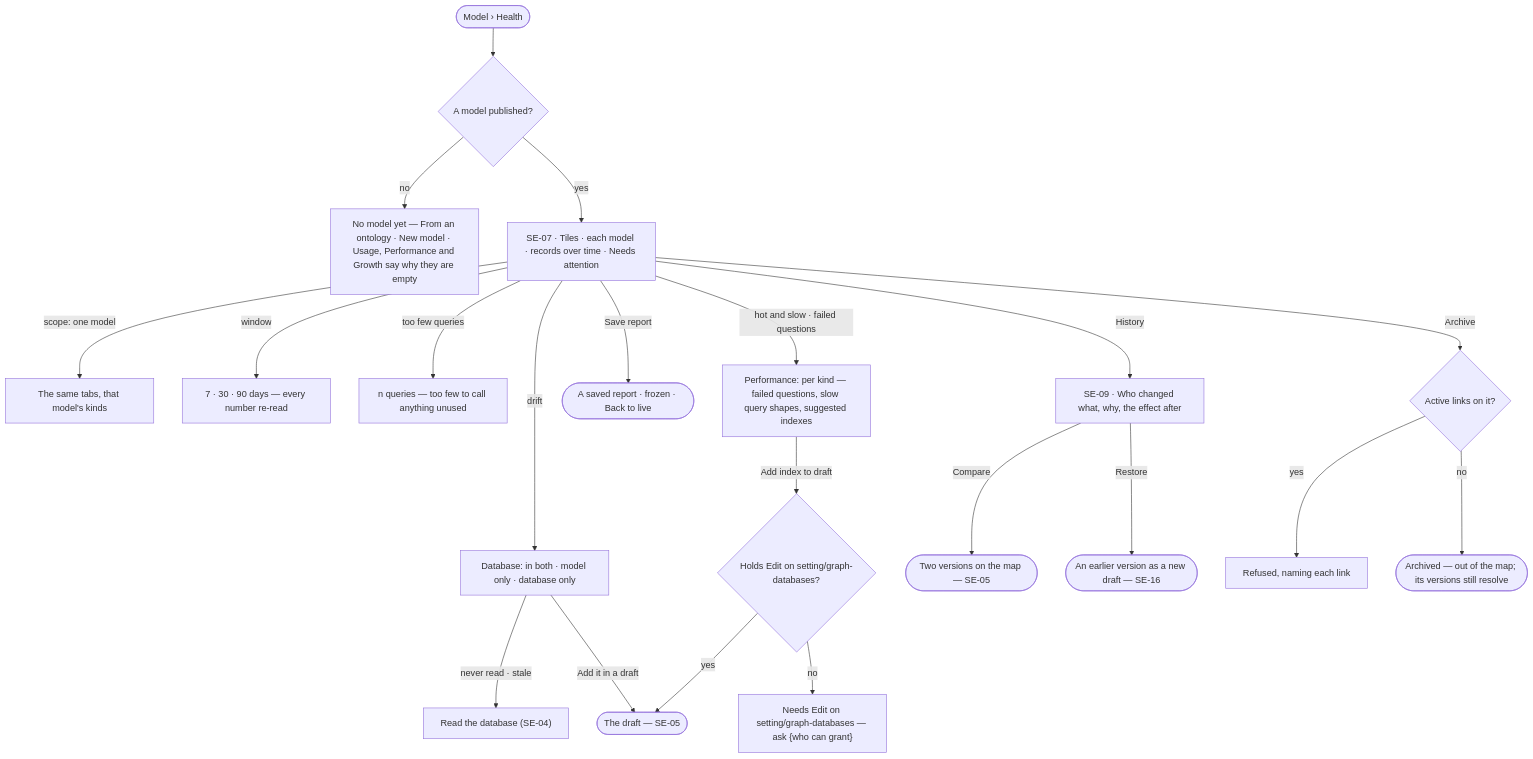
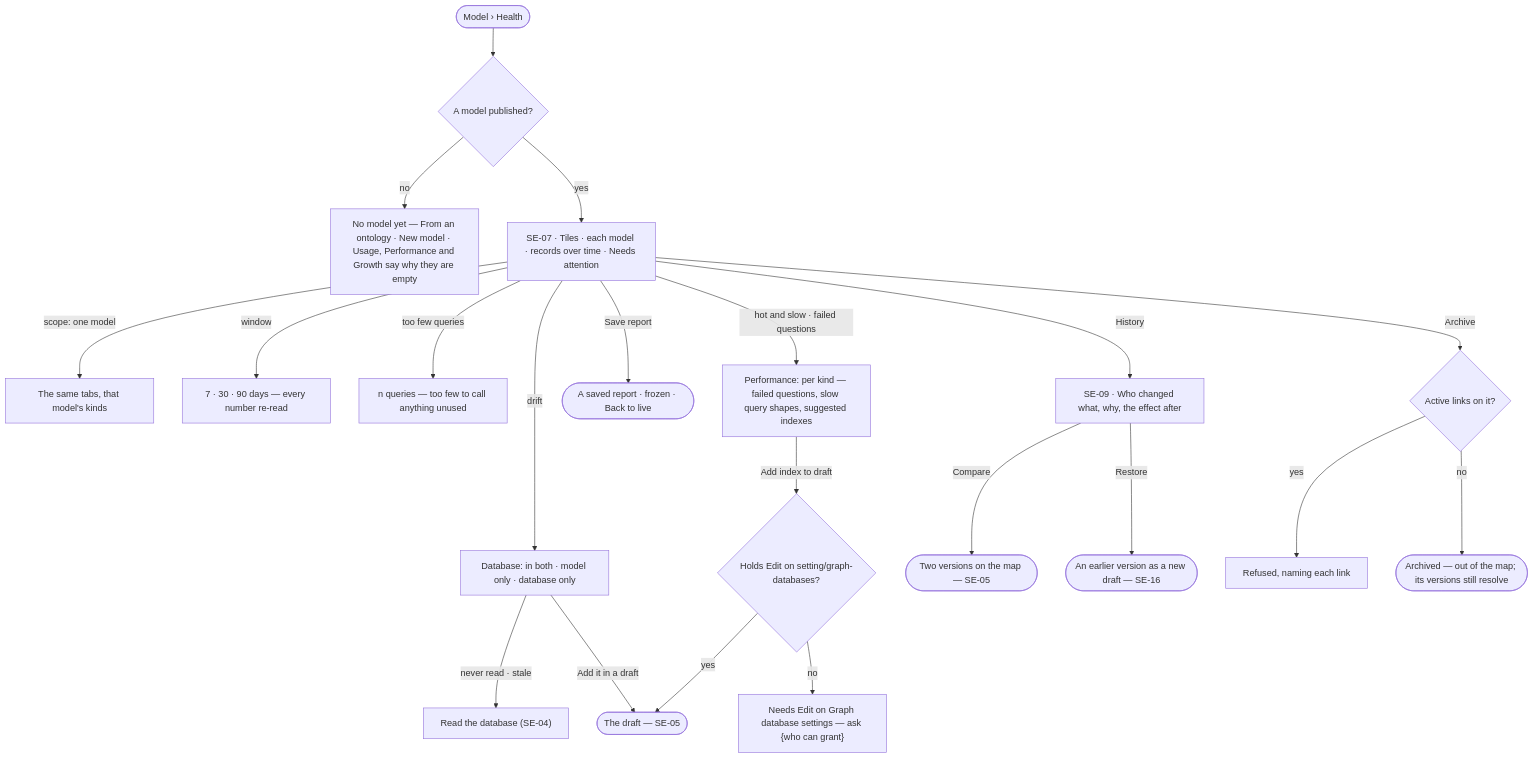
The diagram in specs/capabilities/semantics/features/SE-F10-health-and-history/feature.md (invana/invana), drawn with Mermaid before and after one commit. The commit also changed other lines of this file and 127 other files, not shown here.

````diff
--- a/specs/capabilities/semantics/features/SE-F10-health-and-history/feature.md
+++ b/specs/capabilities/semantics/features/SE-F10-health-and-history/feature.md
@@ -22,23 +22,23 @@
 ```mermaid
 flowchart TD
   start([Model › Health]) --> any{A model published?}
   any -->|no| none["No model yet — From an ontology · New model · Usage, Performance and Growth say why they are empty"]
   any -->|yes| h["SE-07 · Tiles · each model · records over time · Needs attention"]
   h -->|scope: one model| one["The same tabs, that model's kinds"]
   h -->|window| w["7 · 30 · 90 days — every number re-read"]
   h -->|too few queries| few["n queries — too few to call anything unused"]
   h -->|drift| db["Database: in both · model only · database only"]
   db -->|never read · stale| rd["Read the database (SE-04)"]
   db -->|Add it in a draft| draft(["The draft — SE-05"])
   h -->|hot and slow · failed questions| perf["Performance: per kind — failed questions, slow query shapes, suggested indexes"]
   perf -->|Add index to draft| may{"Holds Edit on setting/graph-databases?"}
-  may -->|no| na["Needs Edit on setting/graph-databases — ask {who can grant}"]
+  may -->|no| na["Needs Edit on Graph database settings — ask {who can grant}"]
   may -->|yes| draft
   h -->|Save report| rep(["A saved report · frozen · Back to live"])
   h -->|History| hist["SE-09 · Who changed what, why, the effect after"]
   hist -->|Compare| cmp(["Two versions on the map — SE-05"])
   hist -->|Restore| rs(["An earlier version as a new draft — SE-16"])
   h -->|Archive| ar{Active links on it?}
   ar -->|yes| arr["Refused, naming each link"]
   ar -->|no| arch(["Archived — out of the map; its versions still resolve"])
 ```
````
